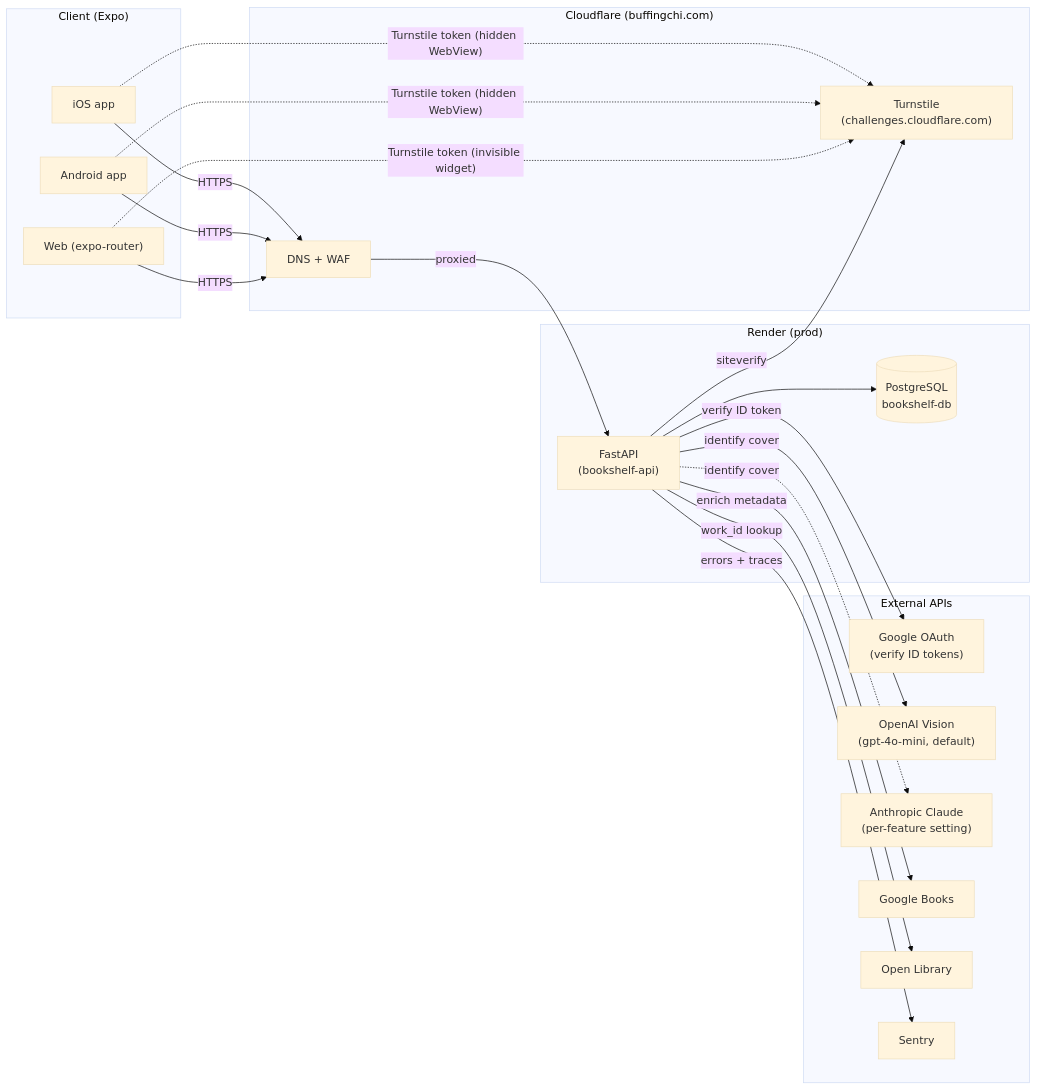
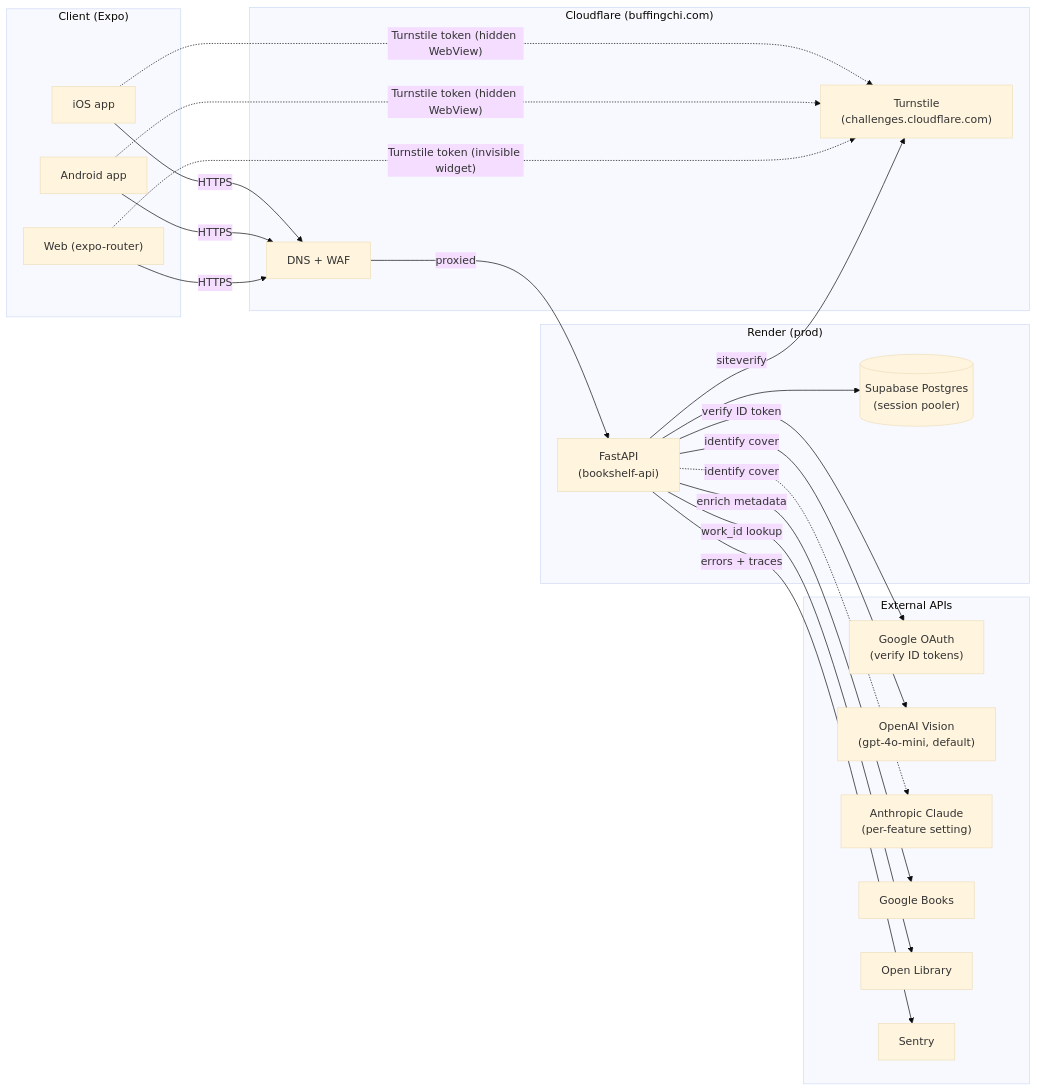
Before and after one commit to wcmchenry3-stack/BookshelfAI: the diagram in docs/architecture.md, drawn with Mermaid (base theme). The commit also changed other lines of this file and 10 other files, not shown here.

````diff
--- a/docs/architecture.md
+++ b/docs/architecture.md
@@ -7,49 +7,49 @@
 ```mermaid
 flowchart LR
   subgraph Client["Client (Expo)"]
     iOS["iOS app"]
     Android["Android app"]
     Web["Web (expo-router)"]
   end
 
   subgraph CF["Cloudflare (buffingchi.com)"]
     DNS["DNS + WAF"]
     Turnstile["Turnstile
 (challenges.cloudflare.com)"]
   end
 
   subgraph Render["Render (prod)"]
     API["FastAPI
 (bookshelf-api)"]
-    DB[("PostgreSQL
-bookshelf-db")]
+    DB[("Supabase Postgres
+(session pooler)")]
   end
 
   subgraph External["External APIs"]
     GoogleOAuth["Google OAuth
 (verify ID tokens)"]
     OpenAI["OpenAI Vision
 (gpt-4o-mini, default)"]
     Claude["Anthropic Claude
 (per-feature setting)"]
     GoogleBooks["Google Books"]
     OpenLib["Open Library"]
     Sentry["Sentry"]
   end
 
   iOS -- HTTPS --> DNS
   Android -- HTTPS --> DNS
   Web -- HTTPS --> DNS
   DNS -- proxied --> API
   API --> DB
   API -- verify ID token --> GoogleOAuth
   API -- identify cover --> OpenAI
   API -. identify cover .-> Claude
   API -- enrich metadata --> GoogleBooks
   API -- work_id lookup --> OpenLib
   API -- errors + traces --> Sentry
   iOS -. Turnstile token (hidden WebView) .-> Turnstile
   Android -. Turnstile token (hidden WebView) .-> Turnstile
   Web -. Turnstile token (invisible widget) .-> Turnstile
   API -- siteverify --> Turnstile
 ```
````
